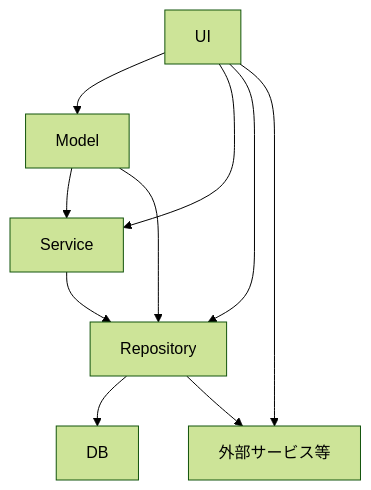
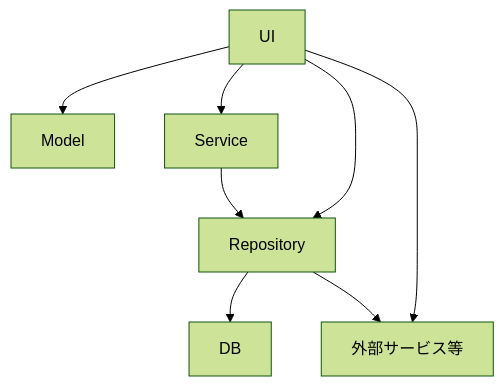
One commit to TSKGunGun/next-backend-test changed the diagram in README.md. Above: the diagram before and after it, drawn with Mermaid (forest theme). The commit also changed other lines of this file, not shown here.

````diff
--- a/README.md
+++ b/README.md
@@ -47,19 +38,16 @@
   ```mermaid
   graph TD
     DB[DB]
     ExternalService[外部サービス等]
     Repository[Repository]
     Service[Service]
-    Model[Model]
     UI[UI]
 
     UI --> Model
     UI --> Service
     UI --> Repository
     UI --> ExternalService
-    Model --> Service
-    Model --> Repository
     Service --> Repository
     Repository --> DB
     Repository --> ExternalService
   ```
````
